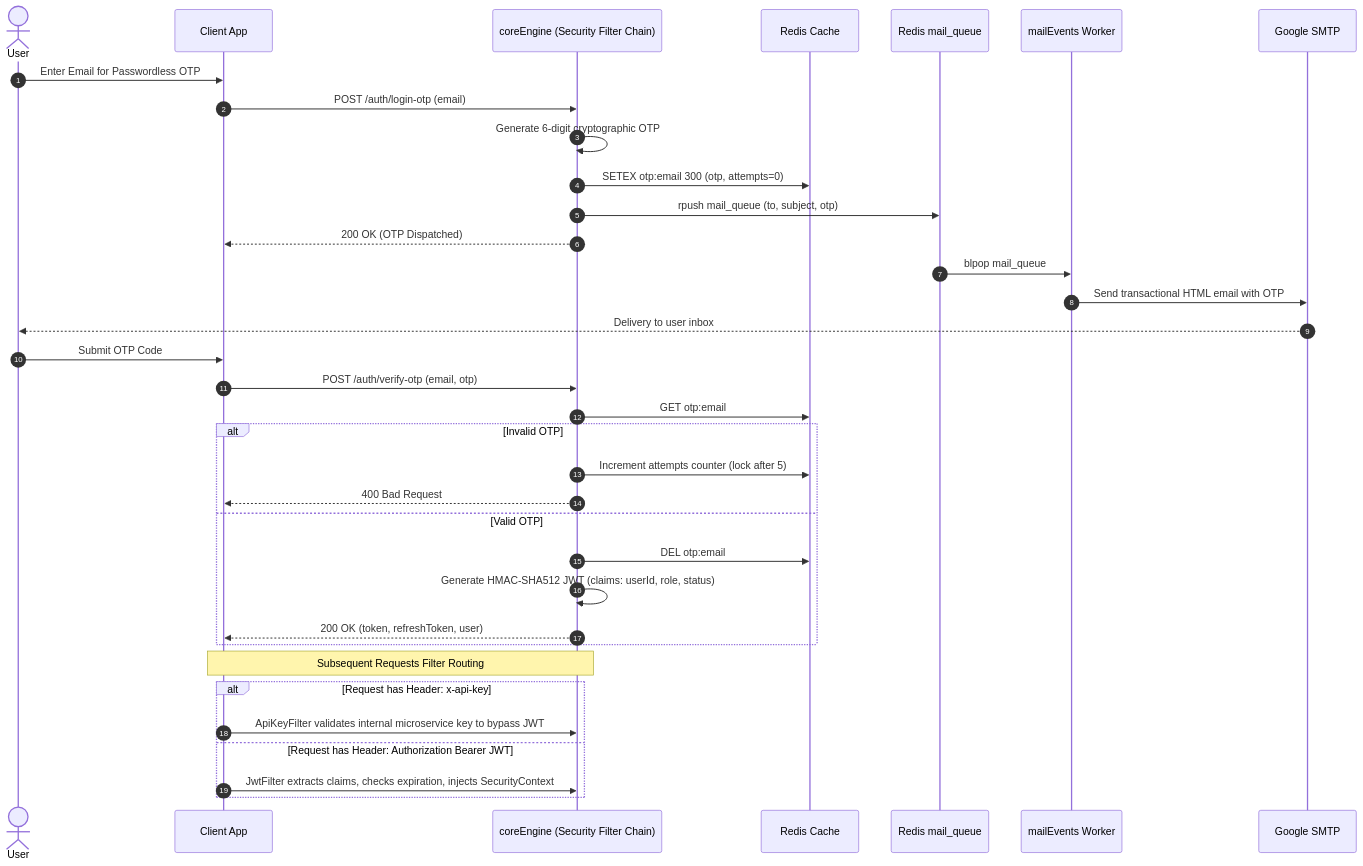
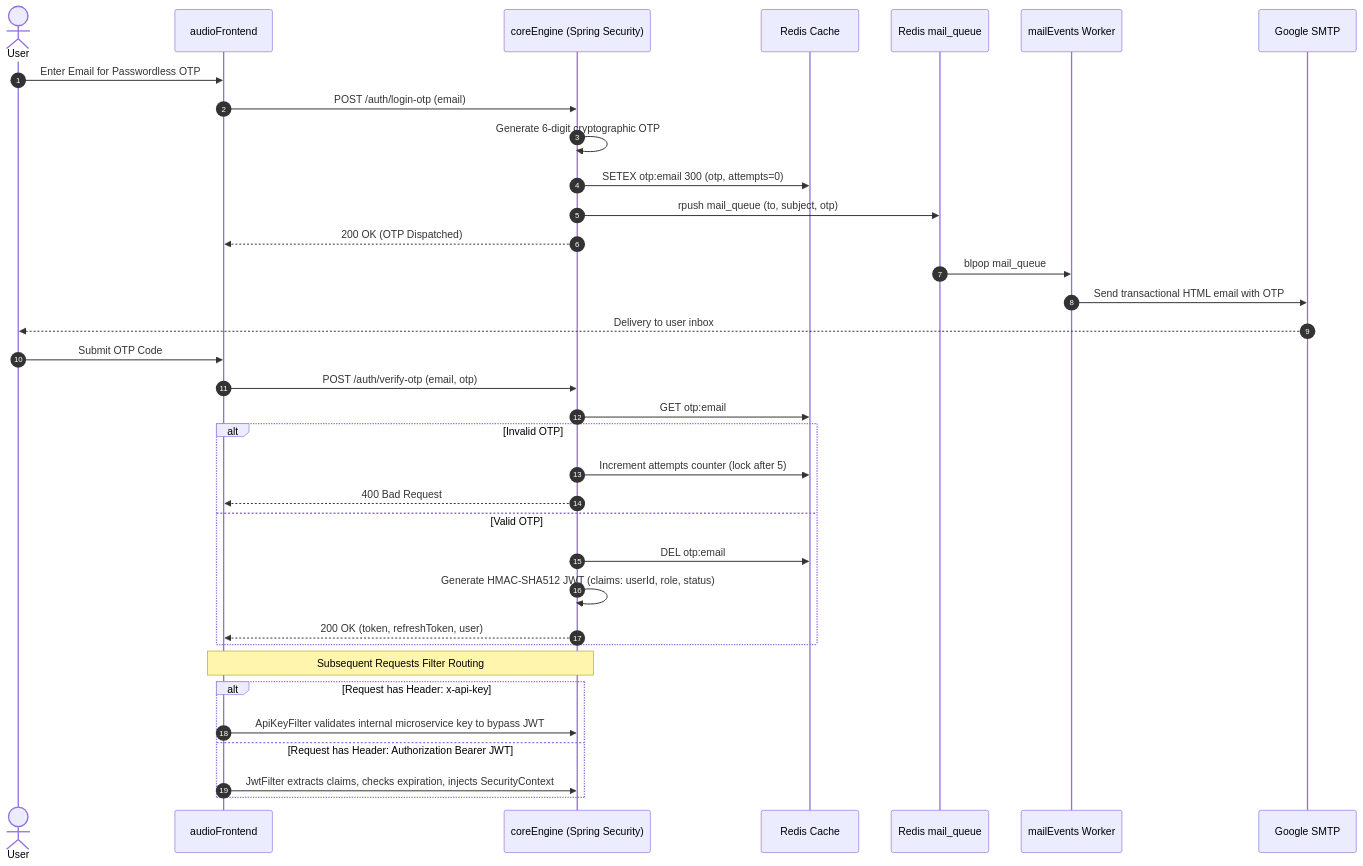
Diagram 15 of 17 in README.md (karankumar786786/AudioMelodySpringboot), drawn with Mermaid before and after one commit. The commit also changed other lines of this file, not shown here.

Commit message:
docs: update README with Python/Django stack details and revised architecture diagrams

````diff
--- a/README.md
+++ b/README.md
@@ -1036,41 +1170,41 @@
 ```mermaid
 sequenceDiagram
     autonumber
     actor User
-    participant AF as Client App
-    participant CE as coreEngine (Security Filter Chain)
+    participant AF as audioFrontend
+    participant CE as coreEngine (Spring Security)
     participant RD as Redis Cache
     participant MQ as Redis mail_queue
     participant MW as mailEvents Worker
     participant SMTP as Google SMTP
 
     User->>AF: Enter Email for Passwordless OTP
     AF->>CE: POST /auth/login-otp (email)
     CE->>CE: Generate 6-digit cryptographic OTP
     CE->>RD: SETEX otp:email 300 (otp, attempts=0)
     CE->>MQ: rpush mail_queue (to, subject, otp)
     CE-->>AF: 200 OK (OTP Dispatched)
 
     MQ->>MW: blpop mail_queue
     MW->>SMTP: Send transactional HTML email with OTP
     SMTP-->>User: Delivery to user inbox
     
     User->>AF: Submit OTP Code
     AF->>CE: POST /auth/verify-otp (email, otp)
     CE->>RD: GET otp:email
     alt Invalid OTP
         CE->>RD: Increment attempts counter (lock after 5)
         CE-->>AF: 400 Bad Request
     else Valid OTP
         CE->>RD: DEL otp:email
         CE->>CE: Generate HMAC-SHA512 JWT (claims: userId, role, status)
         CE-->>AF: 200 OK (token, refreshToken, user)
     end
 
     Note over AF,CE: Subsequent Requests Filter Routing
     alt Request has Header: x-api-key
         AF->>CE: ApiKeyFilter validates internal microservice key to bypass JWT
     else Request has Header: Authorization Bearer JWT
         AF->>CE: JwtFilter extracts claims, checks expiration, injects SecurityContext
     end
 ```
````
